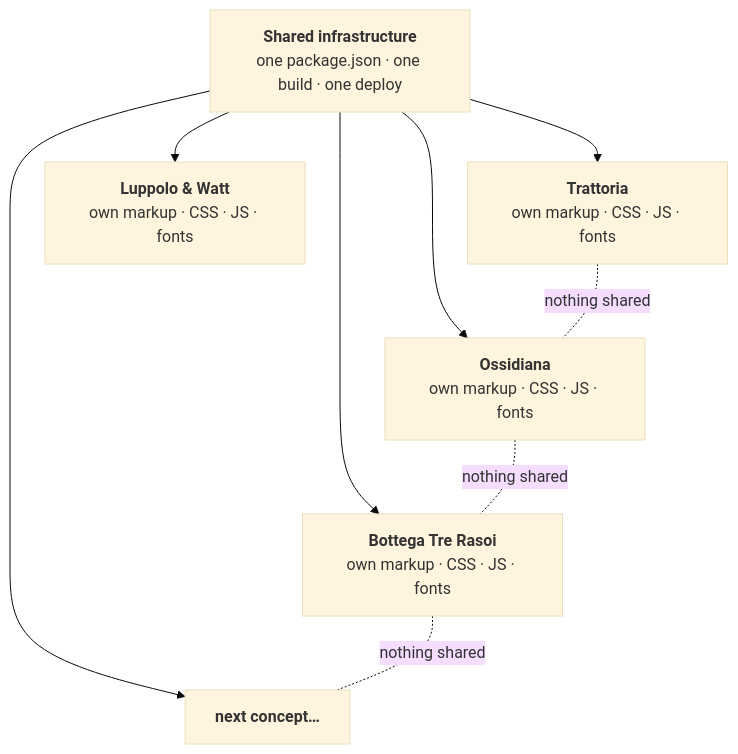
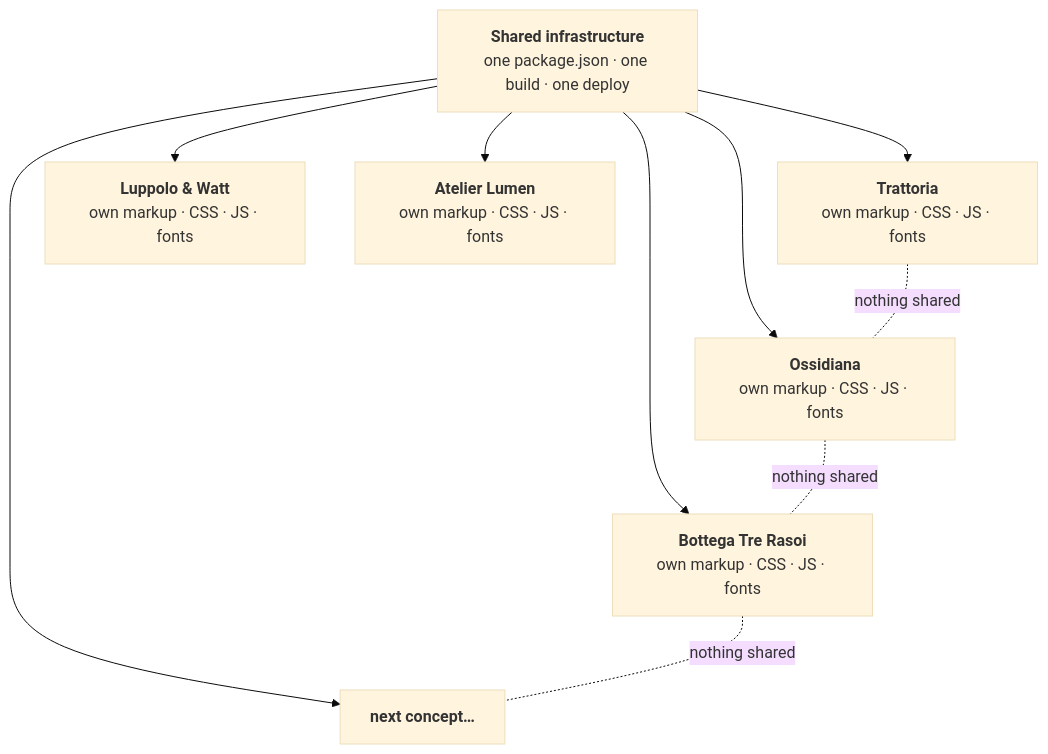
One commit to Loop-Studio-Web/vetrine changed the diagram in README.md. Above: the diagram before and after it, drawn with Mermaid (base theme). The commit also changed other lines of this file and 41 other files, not shown here.

First line of the commit message:
Nuovo concept Benessere: Atelier Lumen (centro estetico, livello Medium)

````diff
--- a/README.md
+++ b/README.md
@@ -132,12 +151,13 @@
 ```mermaid
 flowchart TB
     infra["<b>Shared infrastructure</b><br/>one package.json · one build · one deploy"]
     infra --> T["<b>Trattoria</b><br/>own markup · CSS · JS · fonts"]
     infra --> O["<b>Ossidiana</b><br/>own markup · CSS · JS · fonts"]
     infra --> R["<b>Luppolo & Watt</b><br/>own markup · CSS · JS · fonts"]
     infra --> B["<b>Bottega Tre Rasoi</b><br/>own markup · CSS · JS · fonts"]
+    infra --> L["<b>Atelier Lumen</b><br/>own markup · CSS · JS · fonts"]
     infra --> N["<b>next concept…</b>"]
     T -.-|nothing shared| O
     O -.-|nothing shared| B
     B -.-|nothing shared| N
 ```
````
